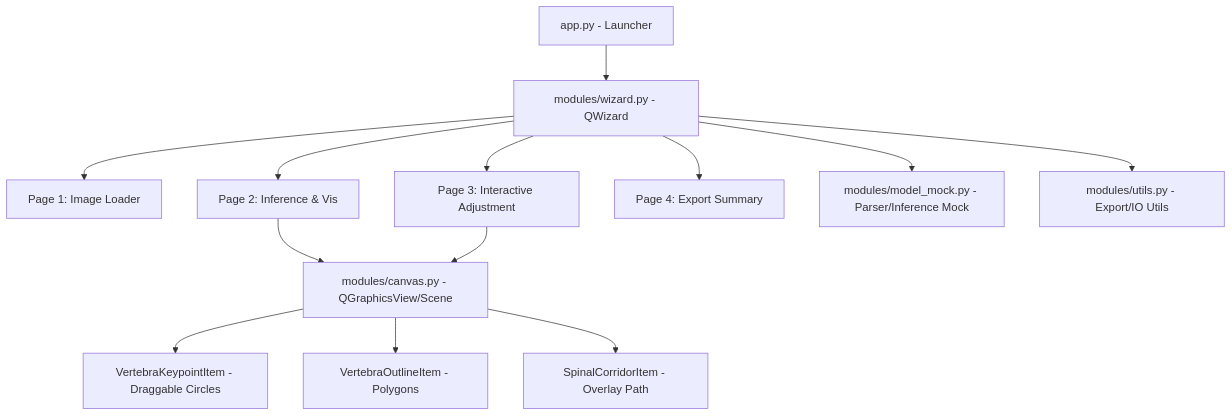
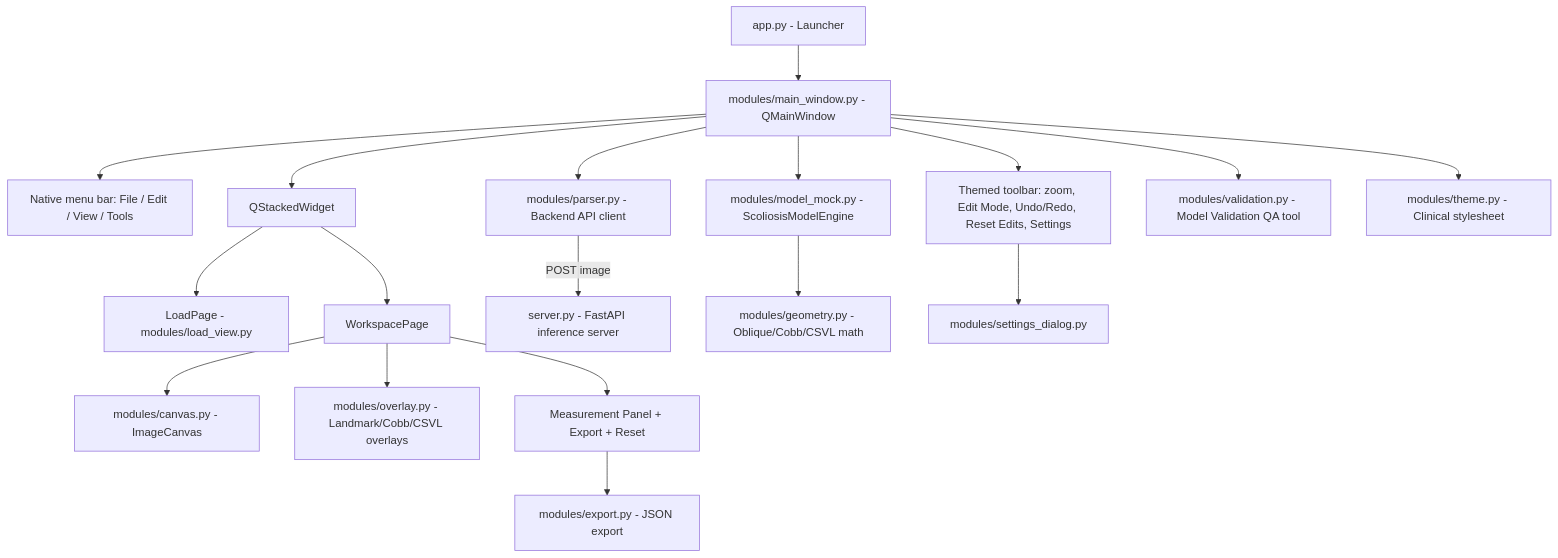
The diagram in README.md (reerooryu/scoliosis_detection_ui), drawn with Mermaid before and after one commit. The commit also changed other lines of this file and 17 other files, not shown here.

Commit message:
Added full scoliosis AI UI app

````diff
--- a/README.md
+++ b/README.md
@@ -13,18 +17,25 @@
 ```mermaid
 graph TD
-    App[app.py - Launcher] --> Wizard[modules/wizard.py - QWizard]
-    Wizard --> Page1[Page 1: Image Loader]
-    Wizard --> Page2[Page 2: Inference & Vis]
-    Wizard --> Page3[Page 3: Interactive Adjustment]
-    Wizard --> Page4[Page 4: Export Summary]
-    
-    Page2 --> Canvas[modules/canvas.py - QGraphicsView/Scene]
-    Page3 --> Canvas
-    
-    Wizard --> ModelMock[modules/model_mock.py - Parser/Inference Mock]
-    Wizard --> Utils[modules/utils.py - Export/IO Utils]
-    
-    Canvas --> Keypoint[VertebraKeypointItem - Draggable Circles]
-    Canvas --> Vertebra[VertebraOutlineItem - Polygons]
-    Canvas --> Corridor[SpinalCorridorItem - Overlay Path]
+    App[app.py - Launcher] --> Main[modules/main_window.py - QMainWindow]
+
+    Main --> MenuBar[Native menu bar: File / Edit / View / Tools]
+    Main --> Toolbar[Themed toolbar: zoom, Edit Mode, Undo/Redo, Reset Edits, Settings]
+    Main --> Stack[QStackedWidget]
+
+    Stack --> Load[LoadPage - modules/load_view.py]
+    Stack --> Workspace[WorkspacePage]
+
+    Workspace --> Canvas[modules/canvas.py - ImageCanvas]
+    Workspace --> Overlay[modules/overlay.py - Landmark/Cobb/CSVL overlays]
+    Workspace --> Panel[Measurement Panel + Export + Reset]
+
+    Main --> Parser[modules/parser.py - Backend API client]
+    Parser -->|POST image| Server[server.py - FastAPI inference server]
+    Main --> Engine[modules/model_mock.py - ScoliosisModelEngine]
+    Engine --> Geometry[modules/geometry.py - Oblique/Cobb/CSVL math]
+
+    Toolbar --> Settings[modules/settings_dialog.py]
+    Panel --> Export[modules/export.py - JSON export]
+    Main --> Validation[modules/validation.py - Model Validation QA tool]
+    Main --> Theme[modules/theme.py - Clinical stylesheet]
 ```
````
